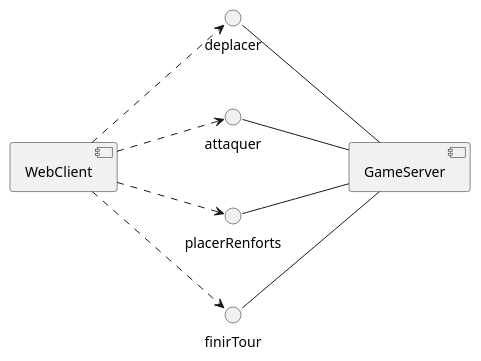
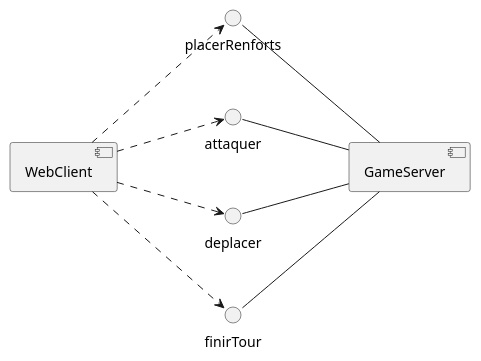
One commit to LusthAlma/Project-Risk changed the second of 4 diagrams in src/doc/_chapters/conception-preliminaire.adoc. Above: the diagram before and after it, drawn with PlantUML. The commit also changed other lines of this file and 12 other files, not shown here.

```diff
--- a/src/doc/_chapters/conception-preliminaire.adoc
+++ b/src/doc/_chapters/conception-preliminaire.adoc
@@ -76,23 +80,23 @@
 [plantuml, interface-gameserver-b, png]
 ----
 @startuml
 
 left to right direction
 
 Component WebClient
 Component GameServer
 
-deplacer -- GameServer
-WebClient ..> deplacer
+placerRenforts -- GameServer
+WebClient ..> placerRenforts
 
 attaquer -- GameServer
 WebClient ..> attaquer
 
-placerRenforts -- GameServer
-WebClient ..> placerRenforts
+deplacer -- GameServer
+WebClient ..> deplacer
 
 finirTour -- GameServer
 WebClient ..> finirTour
 
 @enduml
 ----
```
